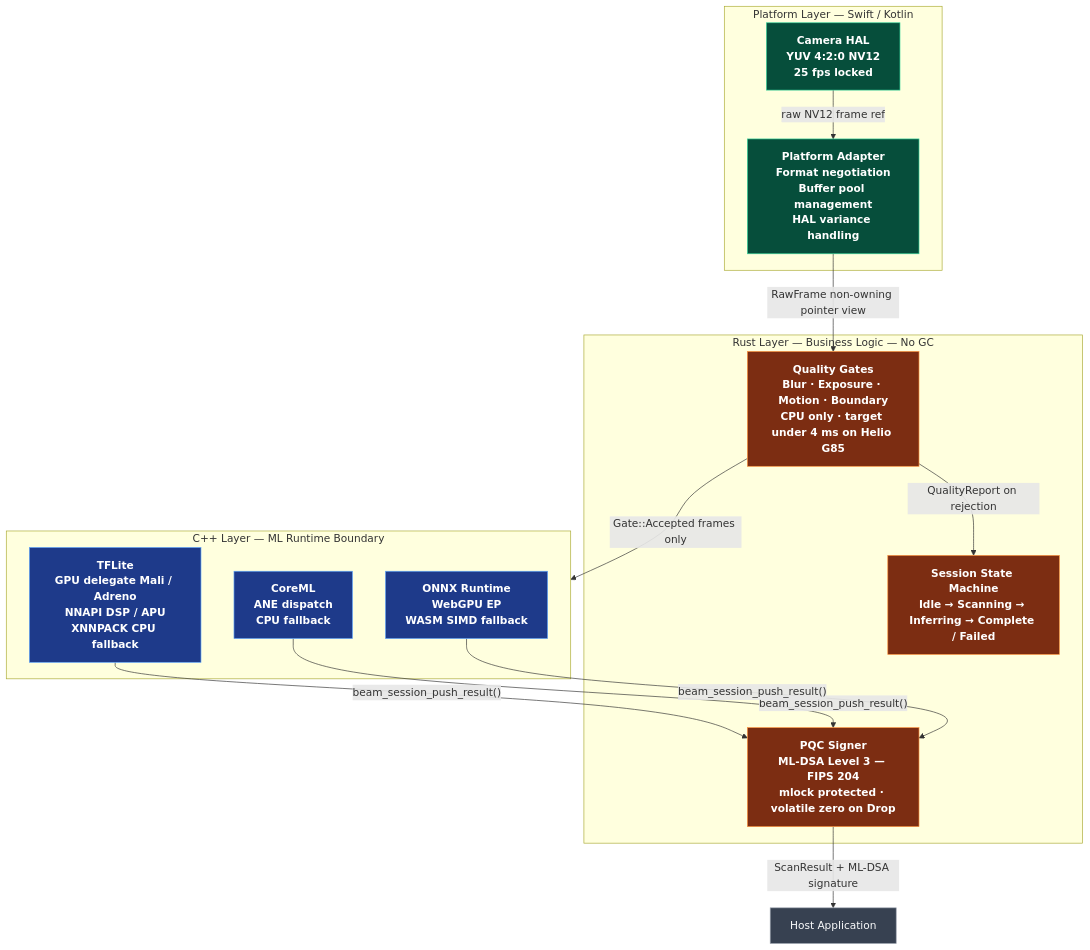
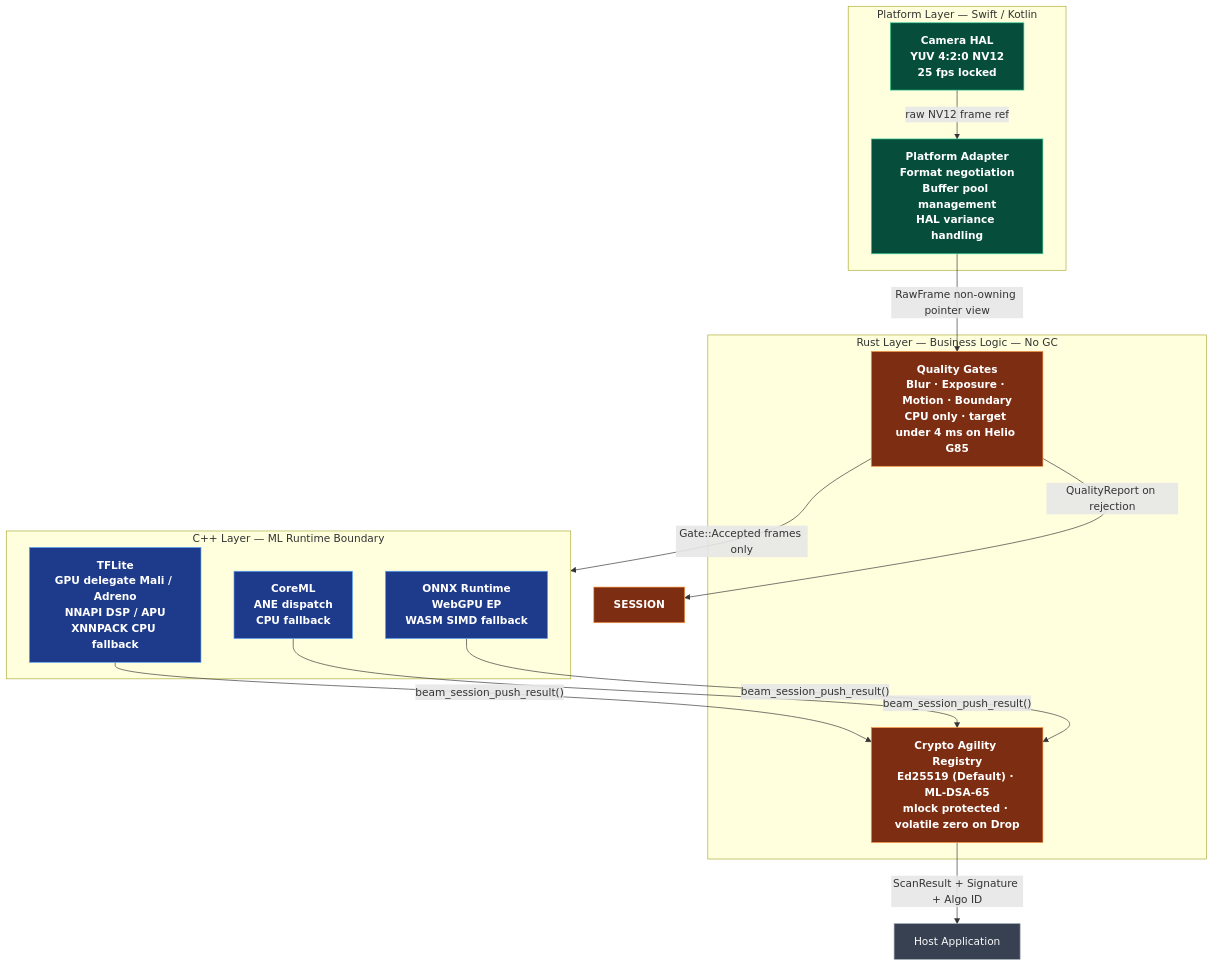
One commit to NeoOne601/beam-sdk changed the first of 11 diagrams in README.md. Above: the diagram before and after it, drawn with Mermaid. The commit also changed other lines of this file, not shown here.

Commit message:
docs: update architecture diagrams and document ADR-001 Crypto Agility Registry

````diff
--- a/README.md
+++ b/README.md
@@ -29,38 +29,37 @@
 ```mermaid
 flowchart TD
     subgraph PL["Platform Layer — Swift / Kotlin"]
         CAM["Camera HAL\nYUV 4:2:0 NV12\n25 fps locked"]
         ADP["Platform Adapter\nFormat negotiation\nBuffer pool management\nHAL variance handling"]
     end
 
     subgraph RL["Rust Layer — Business Logic — No GC"]
         GATES["Quality Gates\nBlur · Exposure · Motion · Boundary\nCPU only · target under 4 ms on Helio G85"]
-        SESSION["Session State Machine\nIdle → Scanning → Inferring → Complete / Failed"]
-        PQC["PQC Signer\nML-DSA Level 3 — FIPS 204\nmlock protected · volatile zero on Drop"]
+        PQC["Crypto Agility Registry\nEd25519 (Default) · ML-DSA-65\nmlock protected · volatile zero on Drop"]
     end
 
     subgraph CL["C++ Layer — ML Runtime Boundary"]
         TFLITE["TFLite\nGPU delegate Mali / Adreno\nNNAPI DSP / APU\nXNNPACK CPU fallback"]
         COREML["CoreML\nANE dispatch\nCPU fallback"]
         ONNXRT["ONNX Runtime\nWebGPU EP\nWASM SIMD fallback"]
     end
 
     CAM -->|"raw NV12 frame ref"| ADP
     ADP -->|"RawFrame non-owning pointer view"| GATES
     GATES -->|"Gate::Accepted frames only"| CL
     GATES -->|"QualityReport on rejection"| SESSION
     TFLITE -->|"beam_session_push_result()"| PQC
     COREML -->|"beam_session_push_result()"| PQC
     ONNXRT -->|"beam_session_push_result()"| PQC
-    PQC -->|"ScanResult + ML-DSA signature"| HOST["Host Application"]
+    PQC -->|"ScanResult + Signature + Algo ID"| HOST["Host Application"]
 
     classDef rust fill:#7c2d12,stroke:#fb923c,color:#fff,font-weight:bold
     classDef cpp fill:#1e3a8a,stroke:#60a5fa,color:#fff,font-weight:bold
     classDef platform fill:#064e3b,stroke:#34d399,color:#fff,font-weight:bold
     classDef host fill:#374151,stroke:#9ca3af,color:#f9fafb
 
     class GATES,SESSION,PQC rust
     class TFLITE,COREML,ONNXRT cpp
     class CAM,ADP platform
     class HOST host
 ```
````
